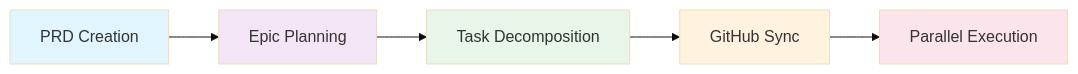
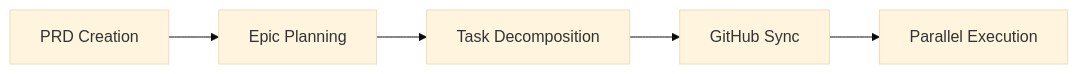
One commit to uakbr/ccpm changed the diagram in README.md. Above: the diagram before and after it, drawn with Mermaid (base theme).

Commit message:
Remove style definitions from task flow diagram in README.md for cleaner presentation.

````diff
--- a/README.md
+++ b/README.md
@@ -103,13 +103,7 @@
 ```mermaid
 graph LR
     A[PRD Creation] --> B[Epic Planning]
     B --> C[Task Decomposition]
     C --> D[GitHub Sync]
     D --> E[Parallel Execution]
-
-    style A fill:#e1f5fe
-    style B fill:#f3e5f5
-    style C fill:#e8f5e9
-    style D fill:#fff3e0
-    style E fill:#fce4ec
 ```
````
